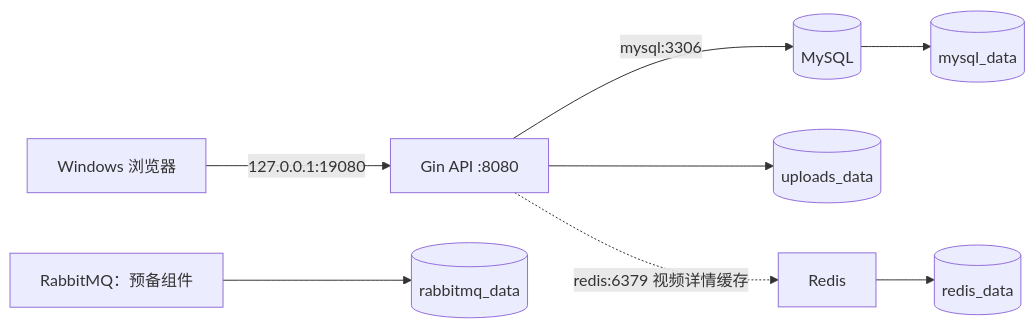
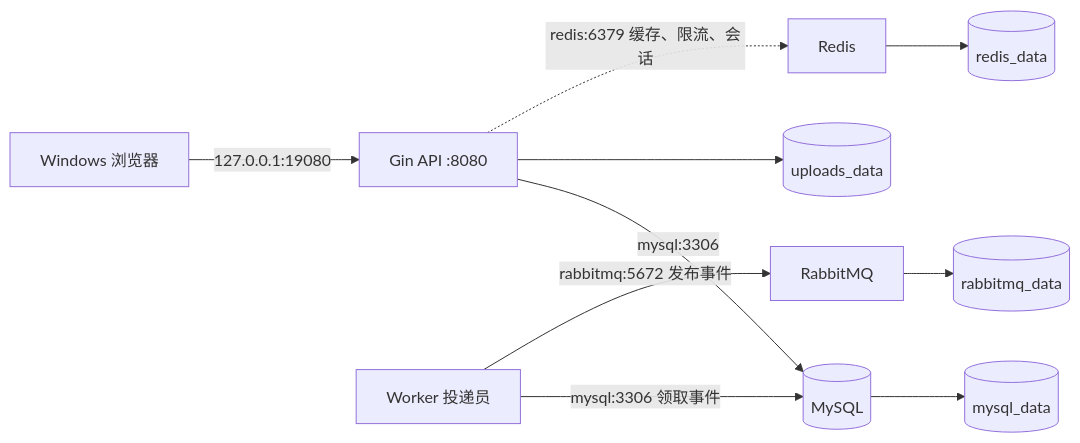
One commit to P3anut3/GoStream changed the diagram in docs/learning/12_compose_environment.md. Above: the diagram before and after it, drawn with Mermaid. The commit also changed other lines of this file and 22 other files, not shown here.

````diff
--- a/docs/learning/12_compose_environment.md
+++ b/docs/learning/12_compose_environment.md
@@ -13,9 +15,10 @@
 ```mermaid
 flowchart LR
     B[Windows 浏览器] -->|127.0.0.1:19080| API[Gin API :8080]
     API -->|mysql:3306| DB[(MySQL)]
     API --> FILES[(uploads_data)]
     DB --> DATA[(mysql_data)]
-    API -.->|redis:6379 视频详情缓存| R[Redis] --> RD[(redis_data)]
-    MQ[RabbitMQ：预备组件] --> MD[(rabbitmq_data)]
+    API -.->|redis:6379 缓存、限流、会话| R[Redis] --> RD[(redis_data)]
+    W[Worker 投递员] -->|mysql:3306 领取事件| DB
+    W -->|rabbitmq:5672 发布事件| MQ[RabbitMQ] --> MD[(rabbitmq_data)]
 ```
````
